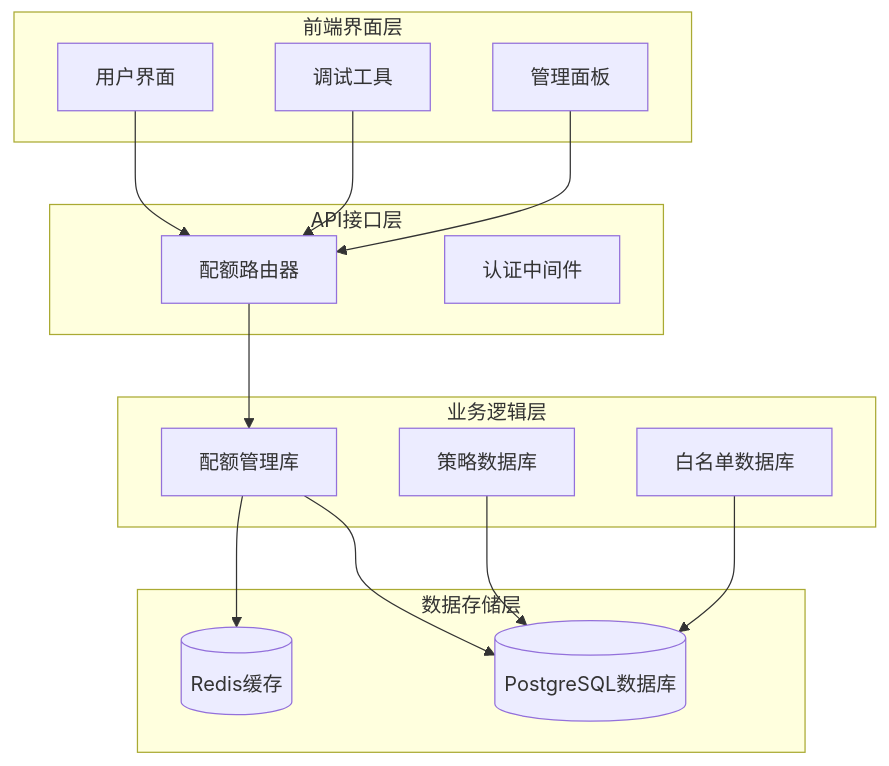
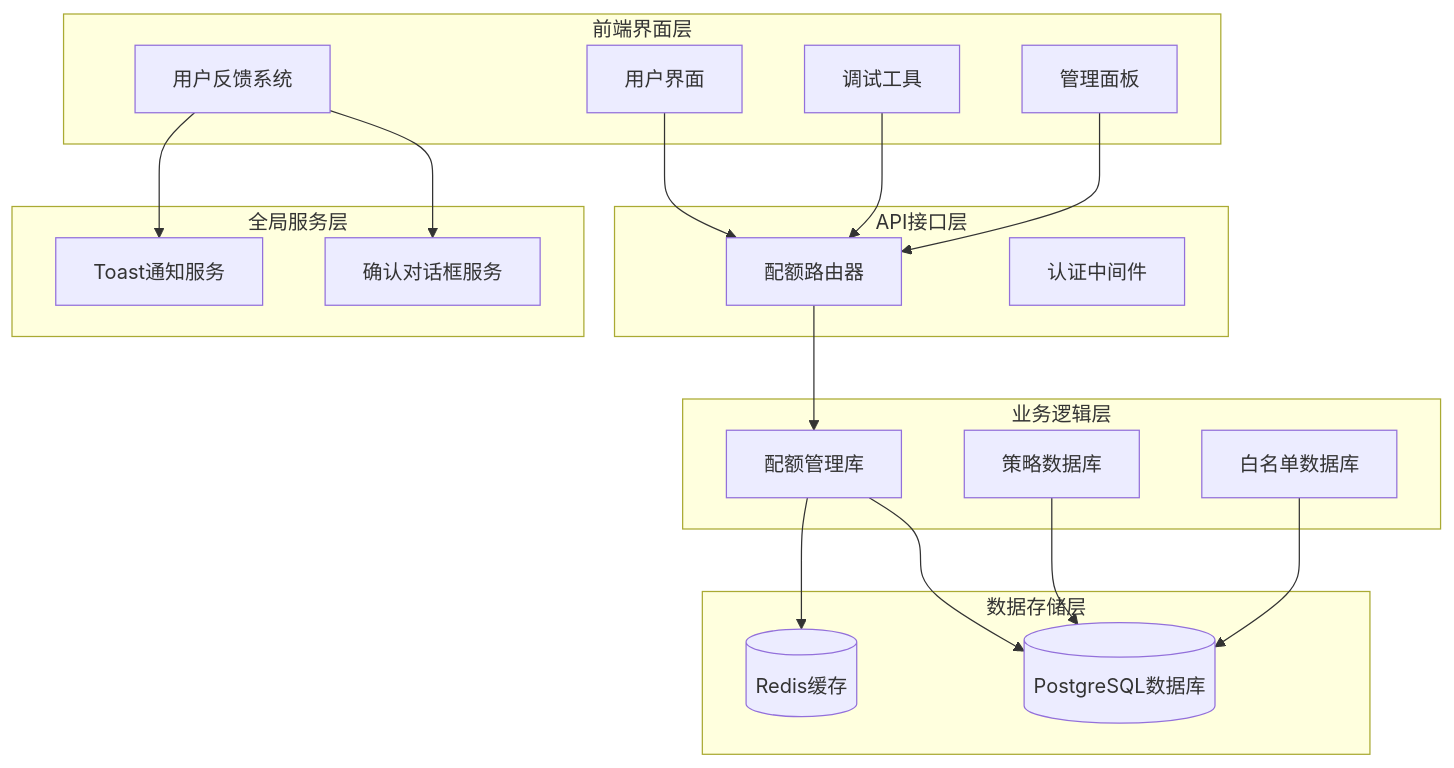
One commit to RadiumAg/AIGate changed the first of 13 diagrams in .qoder/repowiki/zh/content/核心功能/智能配额管理.md. Above: the diagram before and after it, drawn with Mermaid. The commit also changed other lines of this file and 6 other files, not shown here.

````diff
--- a/.qoder/repowiki/zh/content/核心功能/智能配额管理.md
+++ b/.qoder/repowiki/zh/content/核心功能/智能配额管理.md
@@ -47,29 +61,36 @@
 ```mermaid
 graph TB
 subgraph "前端界面层"
 UI[用户界面]
 Debug[调试工具]
 Admin[管理面板]
+Feedback[用户反馈系统]
 end
 subgraph "API接口层"
 Router[配额路由器]
 Auth[认证中间件]
 end
 subgraph "业务逻辑层"
 QuotaLib[配额管理库]
 PolicyDb[策略数据库]
 WhitelistDb[白名单数据库]
 end
 subgraph "数据存储层"
 Redis[(Redis缓存)]
 Database[(PostgreSQL数据库)]
 end
+subgraph "全局服务层"
+Toaster[Toast通知服务]
+ConfirmDlg[确认对话框服务]
+end
 UI --> Router
 Debug --> Router
 Admin --> Router
+Feedback --> Toaster
+Feedback --> ConfirmDlg
 Router --> QuotaLib
 QuotaLib --> Redis
 QuotaLib --> Database
 PolicyDb --> Database
 WhitelistDb --> Database
 ```
````
